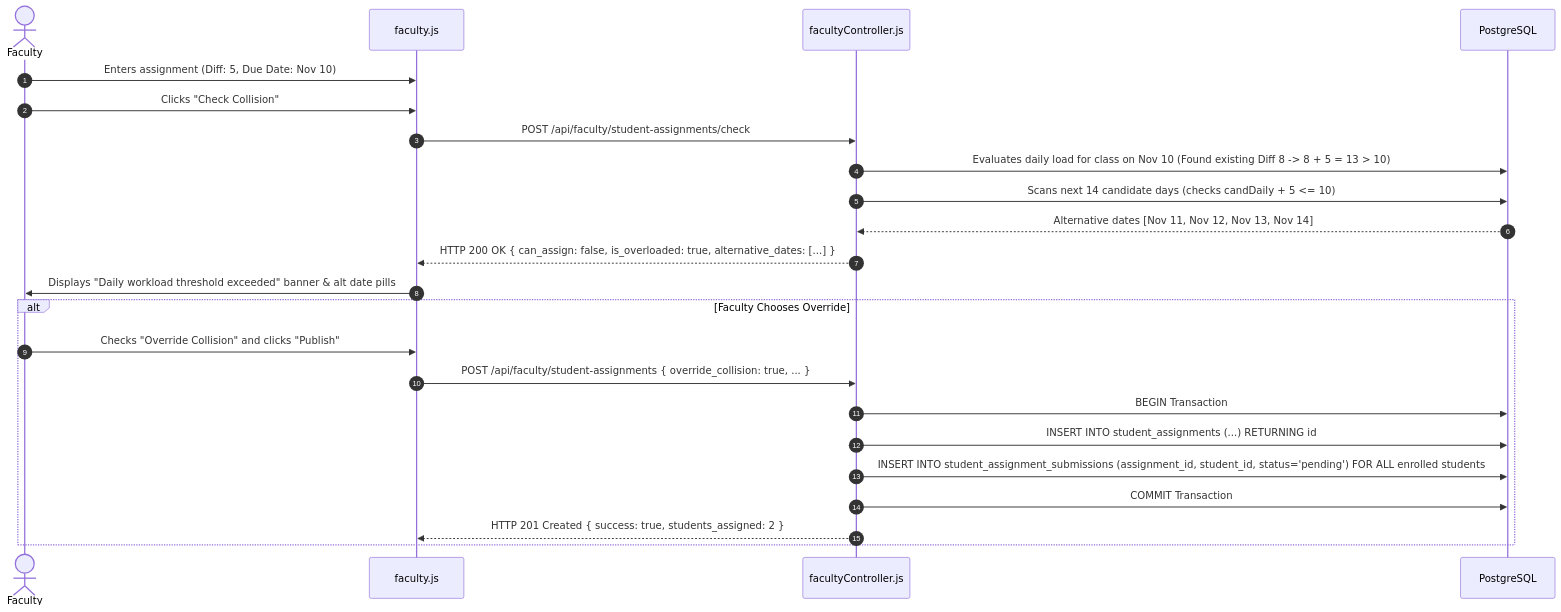
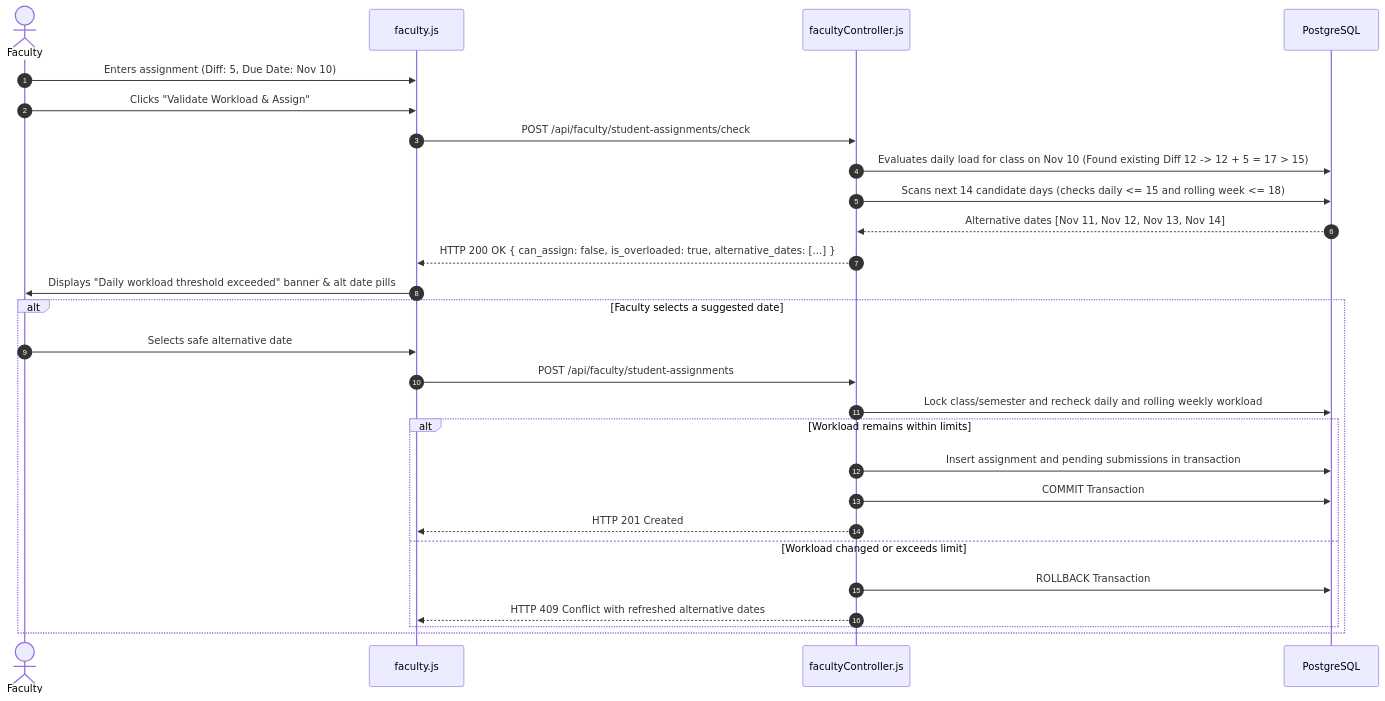
Before and after one commit to JeneeshKJaison/UniFlow: diagram 11 of 21 in documentation_handoff/09_diagram_specs.md, drawn with Mermaid. The commit also changed other lines of this file and 28 other files, not shown here.

````diff
--- a/documentation_handoff/09_diagram_specs.md
+++ b/documentation_handoff/09_diagram_specs.md
@@ -561,27 +561,31 @@
 ```mermaid
 sequenceDiagram
     autonumber
     actor Faculty
     participant UI as faculty.js
     participant Ctrl as facultyController.js
     participant DB as PostgreSQL
 
     Faculty->>UI: Enters assignment (Diff: 5, Due Date: Nov 10)
-    Faculty->>UI: Clicks "Check Collision"
+    Faculty->>UI: Clicks "Validate Workload & Assign"
     UI->>Ctrl: POST /api/faculty/student-assignments/check
-    Ctrl->>DB: Evaluates daily load for class on Nov 10 (Found existing Diff 8 -> 8 + 5 = 13 > 10)
-    Ctrl->>DB: Scans next 14 candidate days (checks candDaily + 5 <= 10)
+    Ctrl->>DB: Evaluates daily load for class on Nov 10 (Found existing Diff 12 -> 12 + 5 = 17 > 15)
+    Ctrl->>DB: Scans next 14 candidate days (checks daily <= 15 and rolling week <= 18)
     DB-->>Ctrl: Alternative dates [Nov 11, Nov 12, Nov 13, Nov 14]
     Ctrl-->>UI: HTTP 200 OK { can_assign: false, is_overloaded: true, alternative_dates: [...] }
     UI->>Faculty: Displays "Daily workload threshold exceeded" banner & alt date pills
     
-    alt Faculty Chooses Override
-        Faculty->>UI: Checks "Override Collision" and clicks "Publish"
-        UI->>Ctrl: POST /api/faculty/student-assignments { override_collision: true, ... }
-        Ctrl->>DB: BEGIN Transaction
-        Ctrl->>DB: INSERT INTO student_assignments (...) RETURNING id
-        Ctrl->>DB: INSERT INTO student_assignment_submissions (assignment_id, student_id, status='pending') FOR ALL enrolled students
-        Ctrl->>DB: COMMIT Transaction
-        Ctrl-->>UI: HTTP 201 Created { success: true, students_assigned: 2 }
+    alt Faculty selects a suggested date
+        Faculty->>UI: Selects safe alternative date
+        UI->>Ctrl: POST /api/faculty/student-assignments
+        Ctrl->>DB: Lock class/semester and recheck daily and rolling weekly workload
+        alt Workload remains within limits
+            Ctrl->>DB: Insert assignment and pending submissions in transaction
+            Ctrl->>DB: COMMIT Transaction
+            Ctrl-->>UI: HTTP 201 Created
+        else Workload changed or exceeds limit
+            Ctrl->>DB: ROLLBACK Transaction
+            Ctrl-->>UI: HTTP 409 Conflict with refreshed alternative dates
+        end
     end
 ```
````
